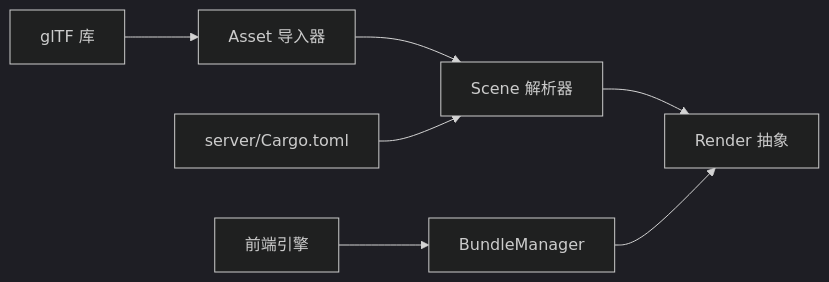
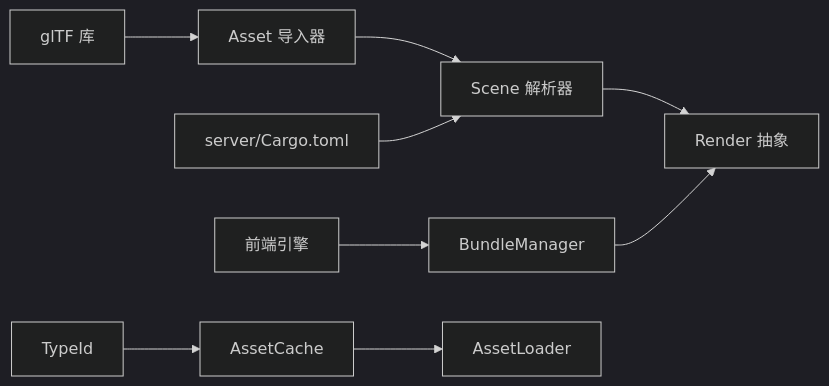
Before and after one commit to qianqians/geese: the tenth of 10 diagrams in .qoder/repowiki/zh/content/数据存储/资源管理.md, drawn with Mermaid (dark theme). The commit also changed other lines of this file and 21 other files, not shown here.

````diff
--- a/.qoder/repowiki/zh/content/数据存储/资源管理.md
+++ b/.qoder/repowiki/zh/content/数据存储/资源管理.md
@@ -242,9 +383,11 @@
 ```mermaid
 graph LR
 GLTF["glTF 库"] --> Asset["Asset 导入器"]
 Asset --> Scene["Scene 解析器"]
 Scene --> Render["Render 抽象"]
 Engine["前端引擎"] --> BundleMgr["BundleManager"]
 BundleMgr --> Render
 Cargo["server/Cargo.toml"] --> Scene
+TypeId["TypeId"] --> AssetCache["AssetCache"]
+AssetCache --> AssetLoader["AssetLoader"]
 ```
````
